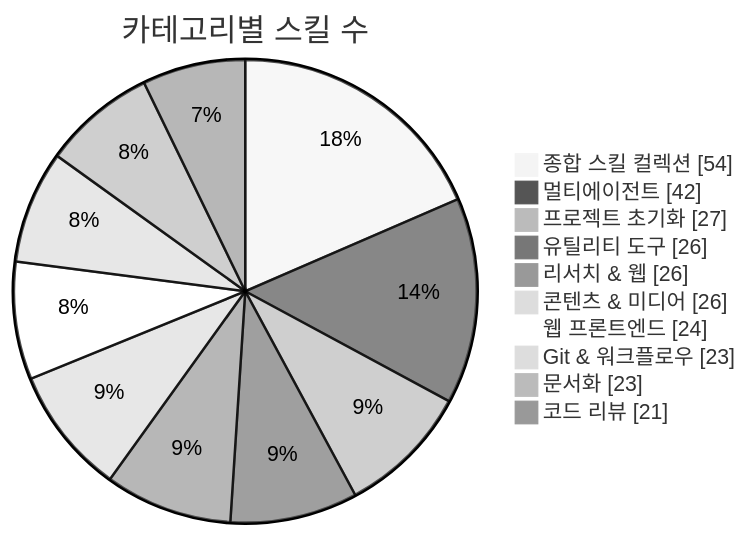
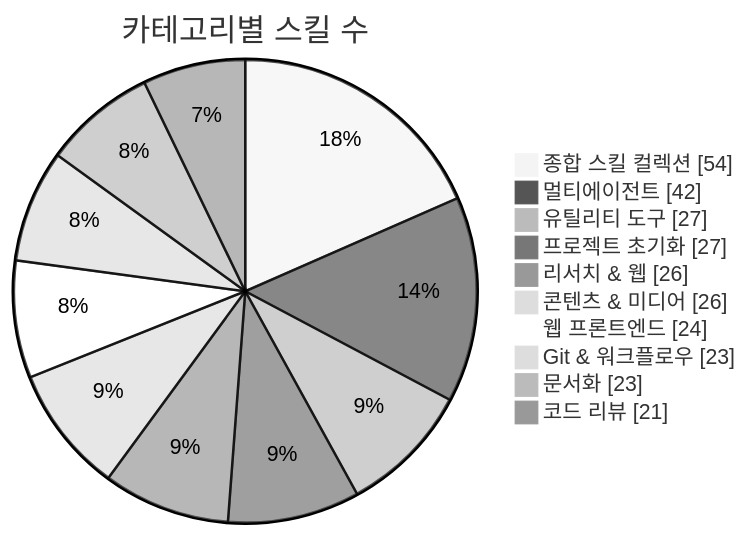
The first of 3 diagrams in README.md (J-nowcow/awesome-korean-agent-skills), drawn with Mermaid (neutral theme) before and after one commit. The commit also changed other lines of this file and 3 other files, not shown here.

````diff
--- a/README.md
+++ b/README.md
@@ -176,14 +176,14 @@
 ```mermaid
 pie showData
     title 카테고리별 스킬 수
     "종합 스킬 컬렉션" : 54
     "멀티에이전트" : 42
+    "유틸리티 도구" : 27
     "프로젝트 초기화" : 27
-    "유틸리티 도구" : 26
     "리서치 & 웹" : 26
     "콘텐츠 & 미디어" : 26
     "웹 프론트엔드" : 24
     "Git & 워크플로우" : 23
     "문서화" : 23
     "코드 리뷰" : 21
 ```
````
